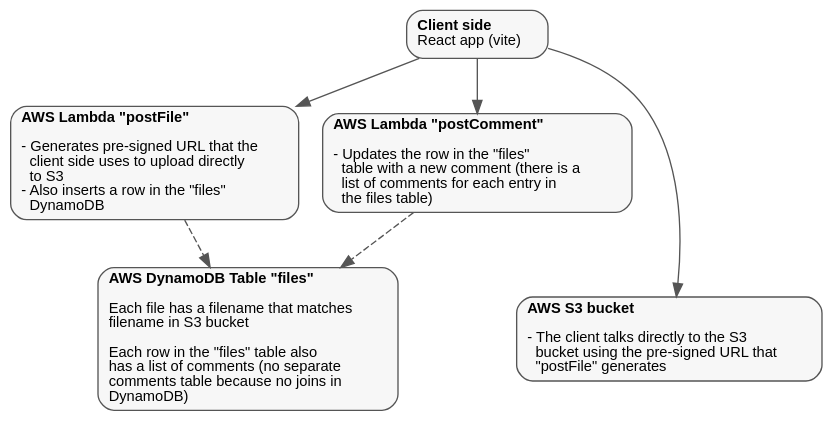
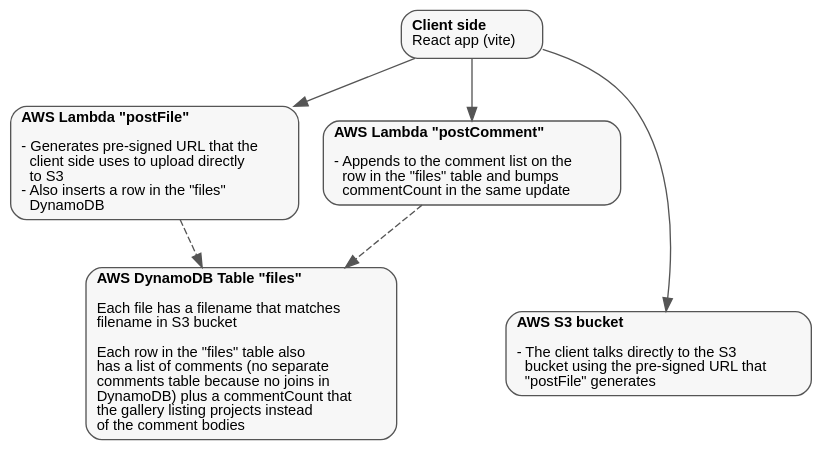
One commit to cmdcolin/aws_serverless_photo_gallery changed the diagram in architecture.dot. Above: the diagram before and after it, drawn with Graphviz. The commit also changed 6 other files, not shown here.

```diff
--- a/architecture.dot
+++ b/architecture.dot
@@ -1,29 +1,29 @@
 digraph architecture {
   rankdir=TB;
   bgcolor="transparent";
   node [shape=box, style="rounded,filled", fillcolor="#f7f7f7", color="#555555",
         fontname="Helvetica", fontsize=11];
   edge [color="#555555", fontname="Helvetica", fontsize=10];
 
   client [label=<<b>Client side</b><br align="left"/>React app (vite)<br align="left"/>>];
 
   postFile [label=<<b>AWS Lambda "postFile"</b><br align="left"/><br align="left"/>- Generates pre-signed URL that the<br align="left"/>&nbsp;&nbsp;client side uses to upload directly<br align="left"/>&nbsp;&nbsp;to S3<br align="left"/>- Also inserts a row in the "files"<br align="left"/>&nbsp;&nbsp;DynamoDB<br align="left"/>>];
 
-  postComment [label=<<b>AWS Lambda "postComment"</b><br align="left"/><br align="left"/>- Updates the row in the "files"<br align="left"/>&nbsp;&nbsp;table with a new comment (there is a<br align="left"/>&nbsp;&nbsp;list of comments for each entry in<br align="left"/>&nbsp;&nbsp;the files table)<br align="left"/>>];
+  postComment [label=<<b>AWS Lambda "postComment"</b><br align="left"/><br align="left"/>- Appends to the comment list on the<br align="left"/>&nbsp;&nbsp;row in the "files" table and bumps<br align="left"/>&nbsp;&nbsp;commentCount in the same update<br align="left"/>>];
 
   s3 [label=<<b>AWS S3 bucket</b><br align="left"/><br align="left"/>- The client talks directly to the S3<br align="left"/>&nbsp;&nbsp;bucket using the pre-signed URL that<br align="left"/>&nbsp;&nbsp;"postFile" generates<br align="left"/>>];
 
-  dynamo [label=<<b>AWS DynamoDB Table "files"</b><br align="left"/><br align="left"/>Each file has a filename that matches<br align="left"/>filename in S3 bucket<br align="left"/><br align="left"/>Each row in the "files" table also<br align="left"/>has a list of comments (no separate<br align="left"/>comments table because no joins in<br align="left"/>DynamoDB)<br align="left"/>>];
+  dynamo [label=<<b>AWS DynamoDB Table "files"</b><br align="left"/><br align="left"/>Each file has a filename that matches<br align="left"/>filename in S3 bucket<br align="left"/><br align="left"/>Each row in the "files" table also<br align="left"/>has a list of comments (no separate<br align="left"/>comments table because no joins in<br align="left"/>DynamoDB) plus a commentCount that<br align="left"/>the gallery listing projects instead<br align="left"/>of the comment bodies<br align="left"/>>];
 
   postFile -> postComment [style=invis];
 
   client -> postFile;
   client -> postComment;
   client -> s3;
 
   postFile -> dynamo [style=dashed];
   postComment -> dynamo [style=dashed];
 
   { rank=same; postFile; postComment; }
   { rank=same; s3; dynamo; }
 }
```
